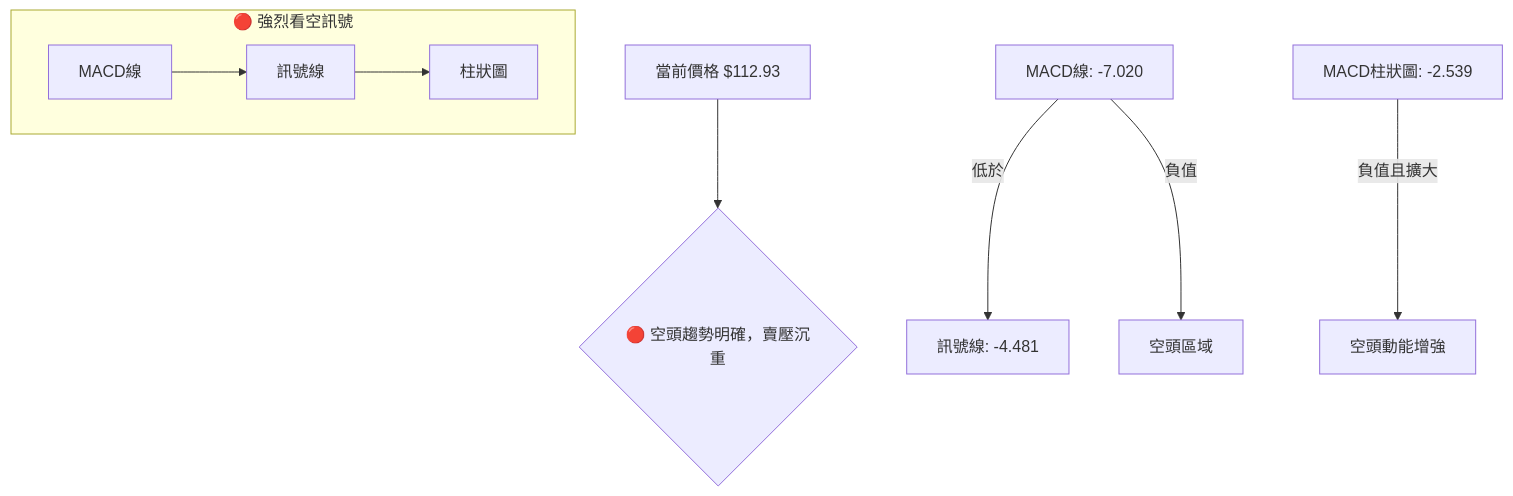
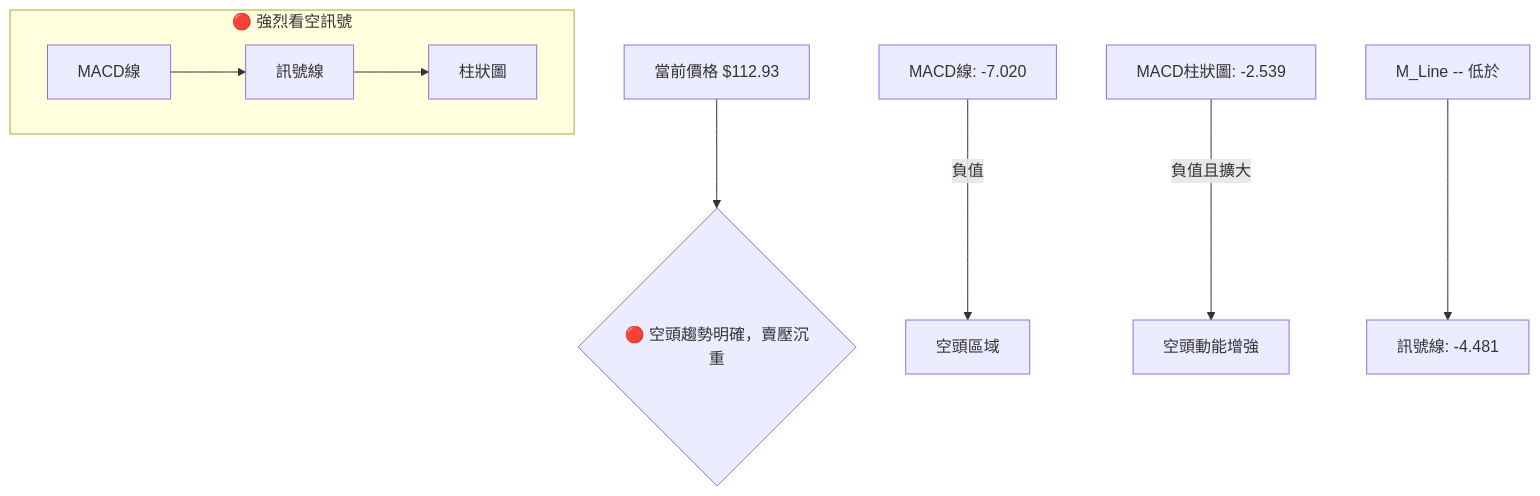
Before and after one commit to yennanliu/finance_data: the ninth of 13 diagrams in ai_gen_report/stock/pltr/technical_analysis_2026-06-29_gemini.md, drawn with Mermaid. The commit also changed other lines of this file and 2258 other files, not shown here.

First line of the commit message:
chore: backfill Mermaid syntax repair across existing reports

````diff
--- a/ai_gen_report/stock/pltr/technical_analysis_2026-06-29_gemini.md
+++ b/ai_gen_report/stock/pltr/technical_analysis_2026-06-29_gemini.md
@@ -451,18 +451,18 @@
 ```mermaid
 graph TD
-    P[當前價格 $112.93]
-    M_Line[MACD線: -7.020]
-    S_Line[訊號線: -4.481]
-    Hist[MACD柱狀圖: -2.539]
+    P["當前價格 $112.93"]
+    M_Line["MACD線: -7.020"]
+    S_Line["訊號線: -4.481"]
+    Hist["MACD柱狀圖: -2.539"]
 
-    M_Line -- 低於 --> S_Line
-    M_Line -- 負值 --> Bearish_Zone[空頭區域]
-    Hist -- 負值且擴大 --> Bearish_Momentum[空頭動能增強]
+    nb1["M_Line -- 低於"] --> S_Line
+    M_Line -- 負值 --> Bearish_Zone["空頭區域"]
+    Hist -- 負值且擴大 --> Bearish_Momentum["空頭動能增強"]
 
     subgraph MACD_Bearish_Signal ["🔴 強烈看空訊號"]
-        M_Line_B[MACD線] --> S_Line_B[訊號線]
-        S_Line_B --> Hist_B[柱狀圖]
+        M_Line_B["MACD線"] --> S_Line_B["訊號線"]
+        S_Line_B --> Hist_B["柱狀圖"]
     end
 
     P --> MACD_Bearish_Signal_Indicator{"🔴 空頭趨勢明確，賣壓沉重"}
 ```
````
